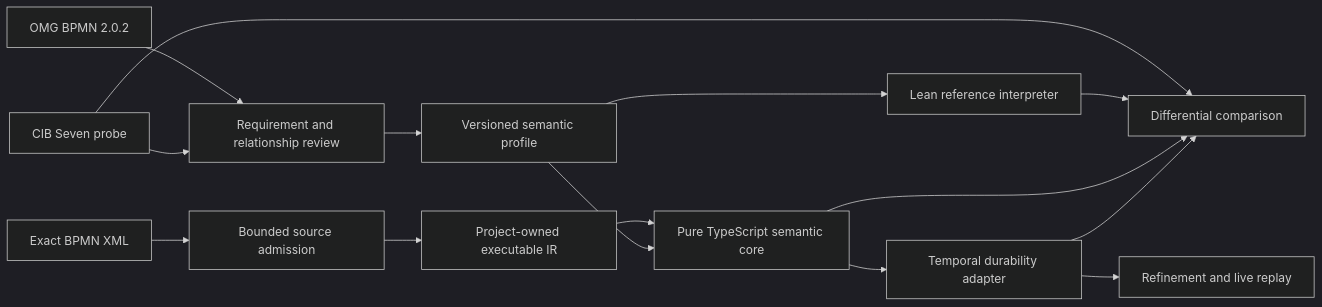
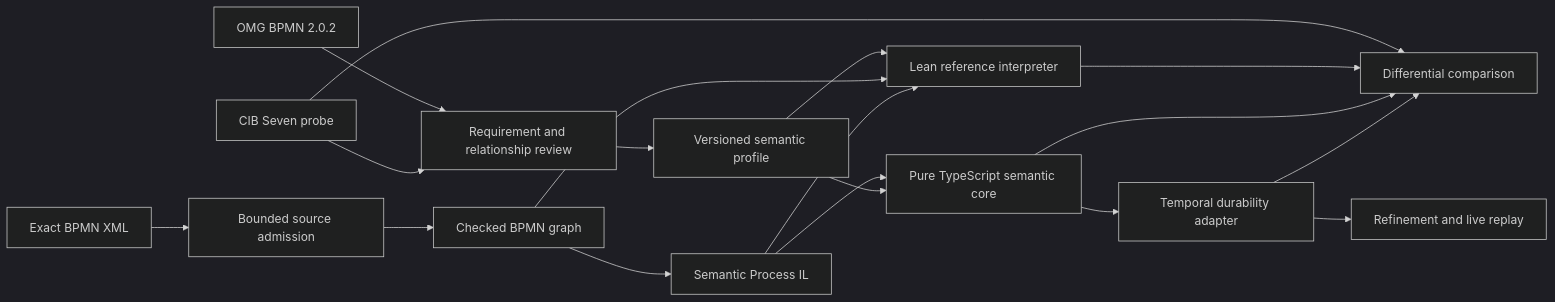
Before and after one commit to mbackschat/bpmn-lean-experiment: the diagram in README.md, drawn with Mermaid (dark theme). The commit also changed other lines of this file and 43 other files, not shown here.

Commit message:
feat(assurance): prepare semantic process implementation

````diff
--- a/README.md
+++ b/README.md
@@ -23,19 +23,22 @@
 ```mermaid
 flowchart LR
   BPMN[OMG BPMN 2.0.2] --> Review[Requirement and relationship review]
   CIB[CIB Seven probe] --> Review
   Review --> Profile[Versioned semantic profile]
   Profile --> Lean[Lean reference interpreter]
 
   XML[Exact BPMN XML] --> Import[Bounded source admission]
-  Import --> IR[Project-owned executable IR]
-  IR --> Core[Pure TypeScript semantic core]
+  Import --> Checked[Checked BPMN graph]
+  Checked --> IL[Semantic Process IL]
+  IL --> Core[Pure TypeScript semantic core]
+  Checked --> Lean
+  IL --> Lean
   Profile --> Core
   Core --> Temporal[Temporal durability adapter]
 
   CIB --> Diff[Differential comparison]
   Lean --> Diff
   Core --> Diff
   Temporal --> Diff
   Temporal --> Replay[Refinement and live replay]
 ```
````
